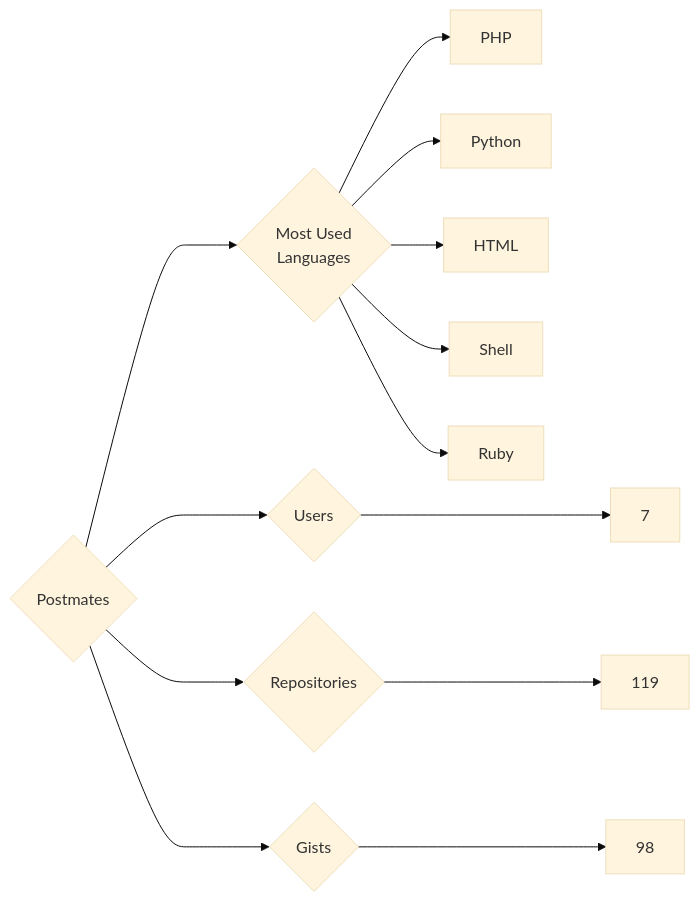
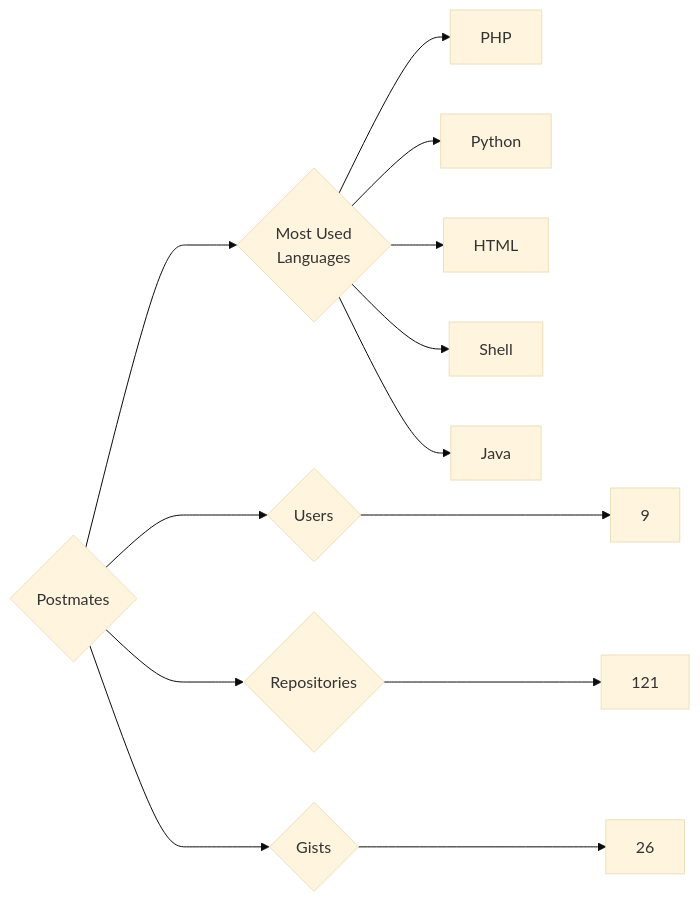
One commit to trickest/insiders changed the diagram in targets/Postmates/README.md. Above: the diagram before and after it, drawn with Mermaid (base theme). The commit also changed 1496 other files, not shown here.

````diff
--- a/targets/Postmates/README.md
+++ b/targets/Postmates/README.md
@@ -3,13 +3,13 @@
 ```mermaid
 graph LR
 COMPANY_NAME{Postmates}
-COMPANY_NAME ---> U{Users} ---> UN[7]
-COMPANY_NAME ---> R{Repositories} ---> RN[119]
-COMPANY_NAME ---> G{Gists} ---> GN[98]
+COMPANY_NAME ---> U{Users} ---> UN[9]
+COMPANY_NAME ---> R{Repositories} ---> RN[121]
+COMPANY_NAME ---> G{Gists} ---> GN[26]
 COMPANY_NAME ---> ML{Most Used<br>Languages}
 ML --> PHP[PHP]
 ML --> Python[Python]
 ML --> HTML[HTML]
 ML --> Shell[Shell]
-ML --> Ruby[Ruby]
+ML --> Java[Java]
 ```
````
